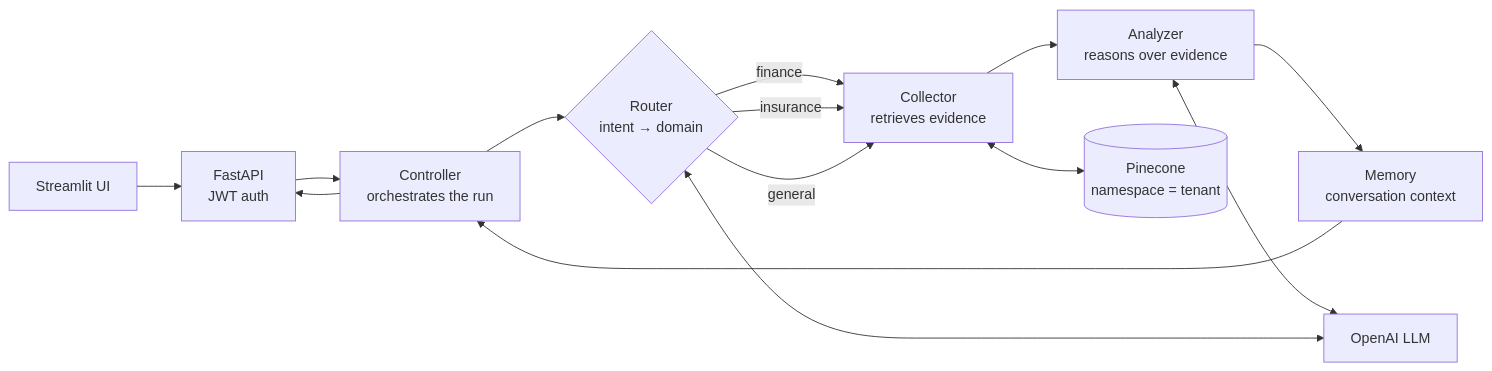
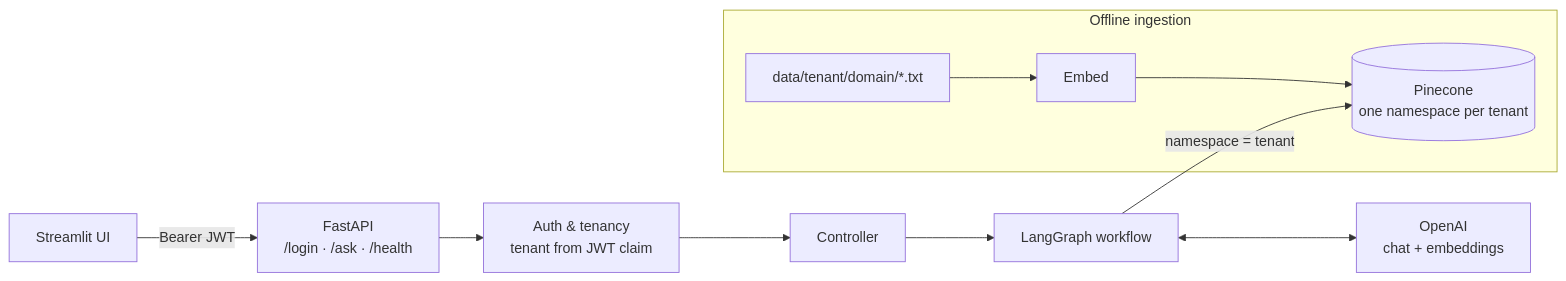
Before and after one commit to YSCSM/agentic-ai-architecture: the first of 4 diagrams in README.md, drawn with Mermaid. The commit also changed other lines of this file, not shown here.

````diff
--- a/README.md
+++ b/README.md
@@ -21,17 +27,13 @@
 ```mermaid
 flowchart LR
-    UI[Streamlit UI] --> API[FastAPI<br/>JWT auth]
-    API --> CTRL[Controller<br/>orchestrates the run]
-    CTRL --> RT{Router<br/>intent → domain}
-    RT -->|finance| COL
-    RT -->|insurance| COL
-    RT -->|general| COL
-    COL[Collector<br/>retrieves evidence] --> AN[Analyzer<br/>reasons over evidence]
-    AN --> MEM[Memory<br/>conversation context]
-    MEM --> CTRL
-    CTRL --> API
+    UI[Streamlit UI] -->|Bearer JWT| API[FastAPI<br/>/login · /ask · /health]
+    API --> AUTH[Auth & tenancy<br/>tenant from JWT claim]
+    AUTH --> CTRL[Controller]
+    CTRL --> WF[LangGraph workflow]
+    WF -->|namespace = tenant| PC[(Pinecone<br/>one namespace per tenant)]
+    WF <--> LLM[OpenAI<br/>chat + embeddings]
 
-    COL <--> PC[(Pinecone<br/>namespace = tenant)]
-    AN <--> LLM[OpenAI LLM]
-    RT <--> LLM
+    subgraph Offline ingestion
+        DOCS[data/tenant/domain/*.txt] --> ING[Embed] --> PC
+    end
 ```
````
